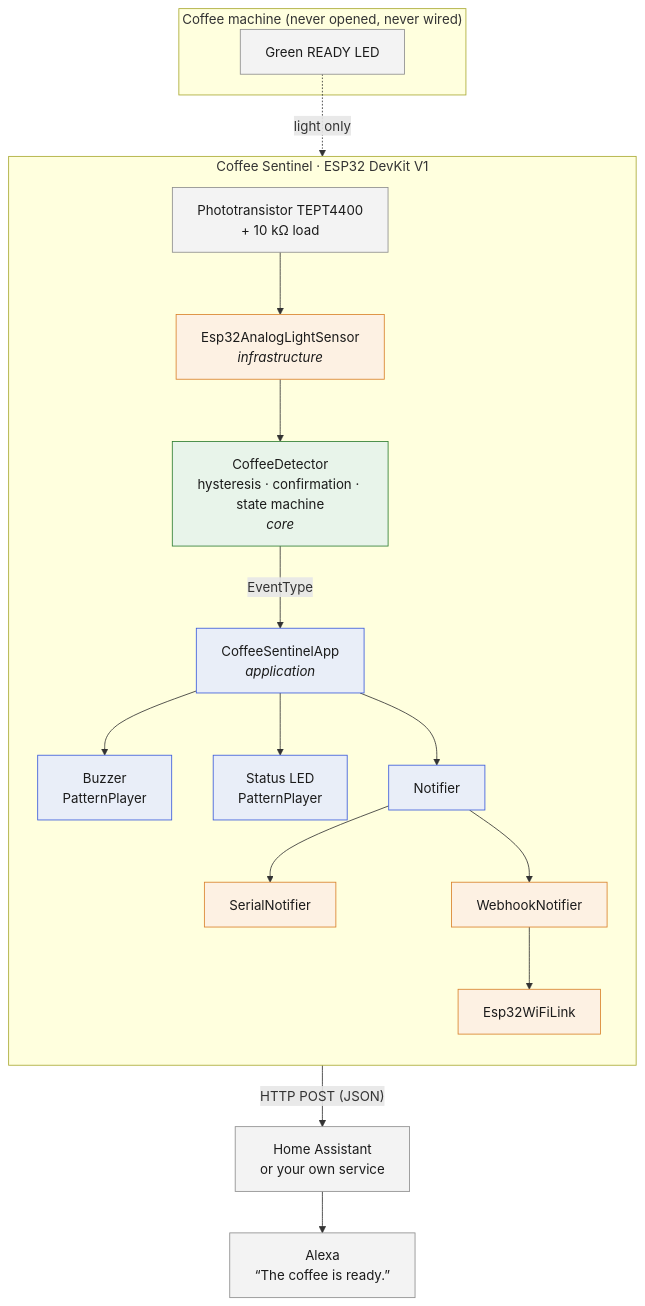
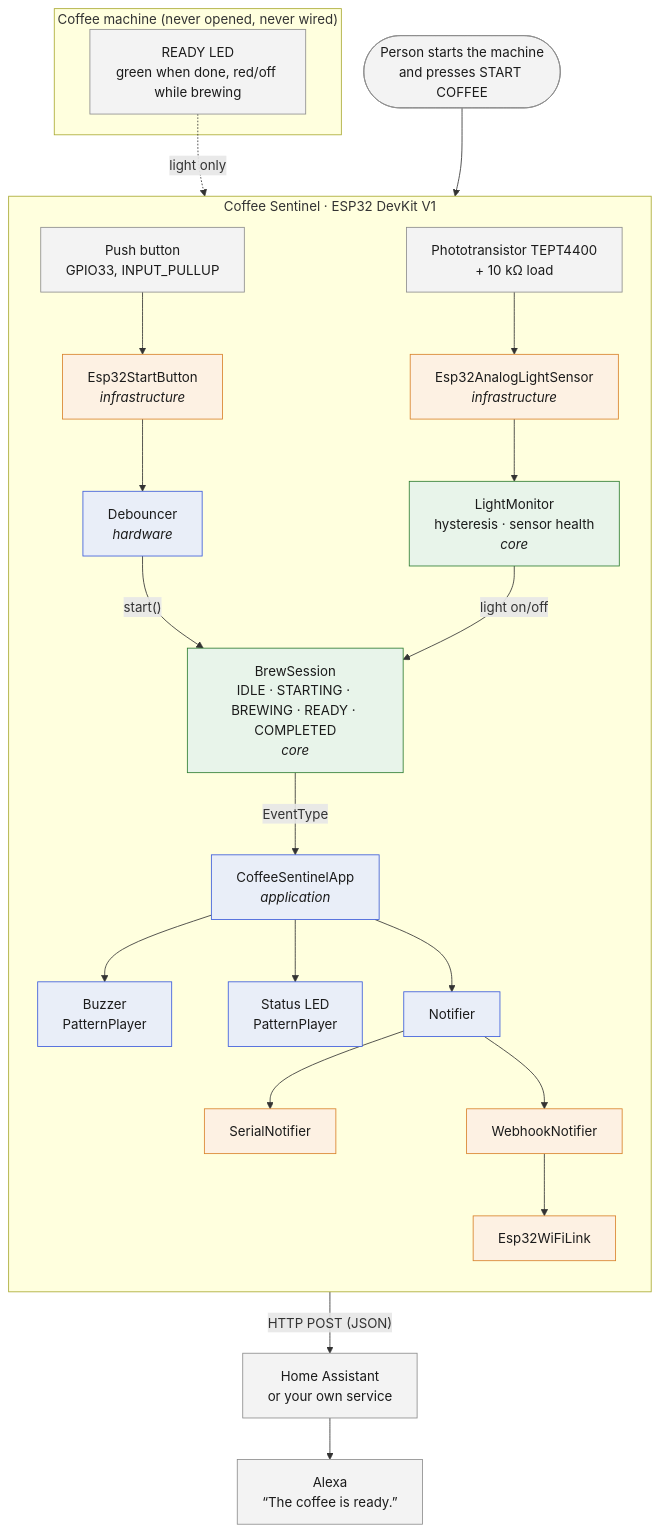
Before and after one commit to Amad3eu/coffeereadyindicator: the diagram in docs/diagrams/system-architecture.mmd, drawn with Mermaid. The commit also changed 80 other files, not shown here.

First line of the commit message:
feat: brew sessions opened by a START button (green light alone is not coffee) (#6)

```diff
--- a/docs/diagrams/system-architecture.mmd
+++ b/docs/diagrams/system-architecture.mmd
@@ -1,33 +1,38 @@
-%% System architecture: from the coffee machine LED to Alexa.
+%% System architecture: from the START button and the coffee machine LED to Alexa.
 %% Rendered by scripts/build_docs.py into docs/images/diagrams/system-architecture.svg
 flowchart TB
     subgraph machine["Coffee machine (never opened, never wired)"]
-        LED["Green READY LED"]
+        LED["READY LED<br/>green when done, red/off while brewing"]
     end
 
     LED -. "light only" .-> PT["Phototransistor TEPT4400<br/>+ 10 kΩ load"]
+    USER(["Person starts the machine<br/>and presses START COFFEE"]) --> BTN["Push button<br/>GPIO33, INPUT_PULLUP"]
 
     subgraph device["Coffee Sentinel · ESP32 DevKit V1"]
         direction TB
+        BTN --> BUTTON["Esp32StartButton<br/><i>infrastructure</i>"]
+        BUTTON --> DEBOUNCE["Debouncer<br/><i>hardware</i>"]
         PT --> SENSOR["Esp32AnalogLightSensor<br/><i>infrastructure</i>"]
-        SENSOR --> DETECTOR["CoffeeDetector<br/>hysteresis · confirmation · state machine<br/><i>core</i>"]
-        DETECTOR -- "EventType" --> APP["CoffeeSentinelApp<br/><i>application</i>"]
+        SENSOR --> MONITOR["LightMonitor<br/>hysteresis · sensor health<br/><i>core</i>"]
+        DEBOUNCE -- "start()" --> SESSION["BrewSession<br/>IDLE · STARTING · BREWING · READY · COMPLETED<br/><i>core</i>"]
+        MONITOR -- "light on/off" --> SESSION
+        SESSION -- "EventType" --> APP["CoffeeSentinelApp<br/><i>application</i>"]
         APP --> BUZZER["Buzzer<br/>PatternPlayer"]
         APP --> SLED["Status LED<br/>PatternPlayer"]
         APP --> NOTIFIER["Notifier"]
         NOTIFIER --> SERIAL["SerialNotifier"]
         NOTIFIER --> WEBHOOK["WebhookNotifier"]
         WEBHOOK --> WIFI["Esp32WiFiLink"]
     end
 
     WIFI -- "HTTP POST (JSON)" --> HA["Home Assistant<br/>or your own service"]
     HA --> ALEXA["Alexa<br/>“The coffee is ready.”"]
 
     classDef core fill:#e8f4ea,stroke:#2e7d32,color:#1b1b1b;
     classDef app fill:#e9eef8,stroke:#3b5bdb,color:#1b1b1b;
     classDef infra fill:#fdf1e3,stroke:#d9822b,color:#1b1b1b;
     classDef ext fill:#f3f3f3,stroke:#8d8d8d,color:#1b1b1b;
-    class DETECTOR core;
-    class APP,BUZZER,SLED,NOTIFIER app;
-    class SENSOR,SERIAL,WEBHOOK,WIFI infra;
-    class LED,PT,HA,ALEXA ext;
+    class MONITOR,SESSION core;
+    class APP,BUZZER,SLED,NOTIFIER,DEBOUNCE app;
+    class SENSOR,BUTTON,SERIAL,WEBHOOK,WIFI infra;
+    class LED,PT,BTN,USER,HA,ALEXA ext;
```
